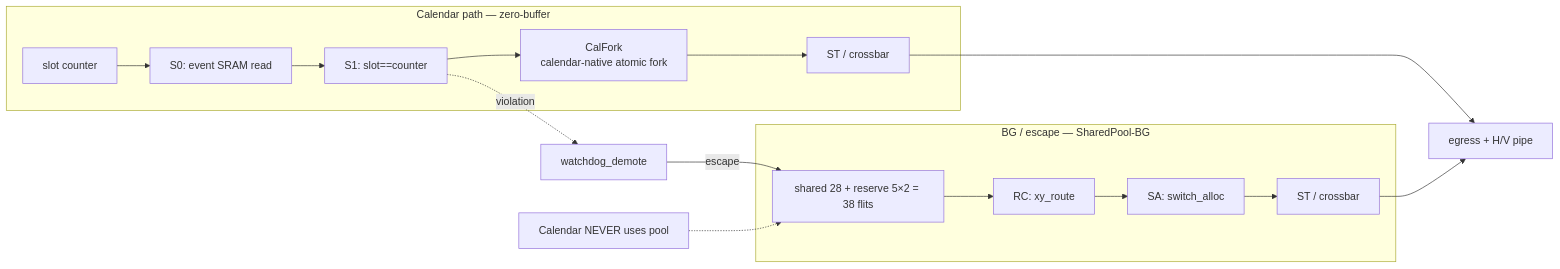
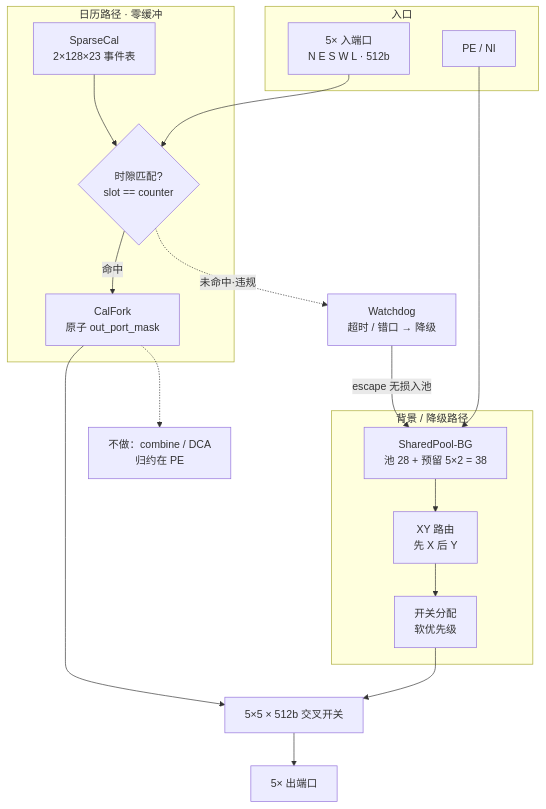
One commit to lukebest/booksim2 changed the first of 2 diagrams in docs/phase-3-uarch/uarch-diagram.md. Above: the diagram before and after it, drawn with Mermaid. The commit also changed other lines of this file and 4 other files, not shown here.

First line of the commit message:
docs: Arch-A5 μArch diagram and DSE loop conclusion

````diff
--- a/docs/phase-3-uarch/uarch-diagram.md
+++ b/docs/phase-3-uarch/uarch-diagram.md
@@ -31,19 +12,36 @@
 ```mermaid
-flowchart LR
-  subgraph cal["Calendar path — zero-buffer"]
-    CTR["slot counter"] --> S0["S0: event SRAM read"]
-    S0 --> S1["S1: slot==counter"]
-    S1 --> MF["CalFork<br/>calendar-native atomic fork"]
-    MF --> ST1["ST / crossbar"]
+flowchart TB
+  subgraph ingress["入口"]
+    IN["5× 入端口<br/>N E S W L · 512b"]
+    PE["PE / NI"]
   end
-  subgraph bg["BG / escape — SharedPool-BG"]
-    POOL["shared 28 + reserve 5×2 = 38 flits"] --> RC["RC: xy_route"]
-    RC --> SA["SA: switch_alloc"]
-    SA --> ST2["ST / crossbar"]
+
+  subgraph cal["日历路径 · 零缓冲"]
+    SC["SparseCal<br/>2×128×23 事件表"]
+    MATCH{"时隙匹配?<br/>slot == counter"}
+    FORK["CalFork<br/>原子 out_port_mask"]
+    SC --> MATCH
+    MATCH -->|命中| FORK
   end
-  ST1 --> OUT["egress + H/V pipe"]
-  ST2 --> OUT
-  WD["watchdog_demote"] -->|"escape"| POOL
-  S1 -.->|"violation"| WD
-  CALX["Calendar NEVER uses pool"] -.-> POOL
+
+  subgraph bg["背景 / 降级路径"]
+    POOL["SharedPool-BG<br/>池 28 + 预留 5×2 = 38"]
+    XY["XY 路由<br/>先 X 后 Y"]
+    SA["开关分配<br/>软优先级"]
+    POOL --> XY --> SA
+  end
+
+  WD["Watchdog<br/>超时 / 错口 → 降级"]
+  XB["5×5 × 512b 交叉开关"]
+  OUT["5× 出端口"]
+  NO["不做：combine / DCA<br/>归约在 PE"]
+
+  IN --> MATCH
+  PE --> POOL
+  FORK --> XB
+  SA --> XB
+  MATCH -.->|未命中·违规| WD
+  WD -->|escape 无损入池| POOL
+  XB --> OUT
+  FORK -.-> NO
 ```
````
